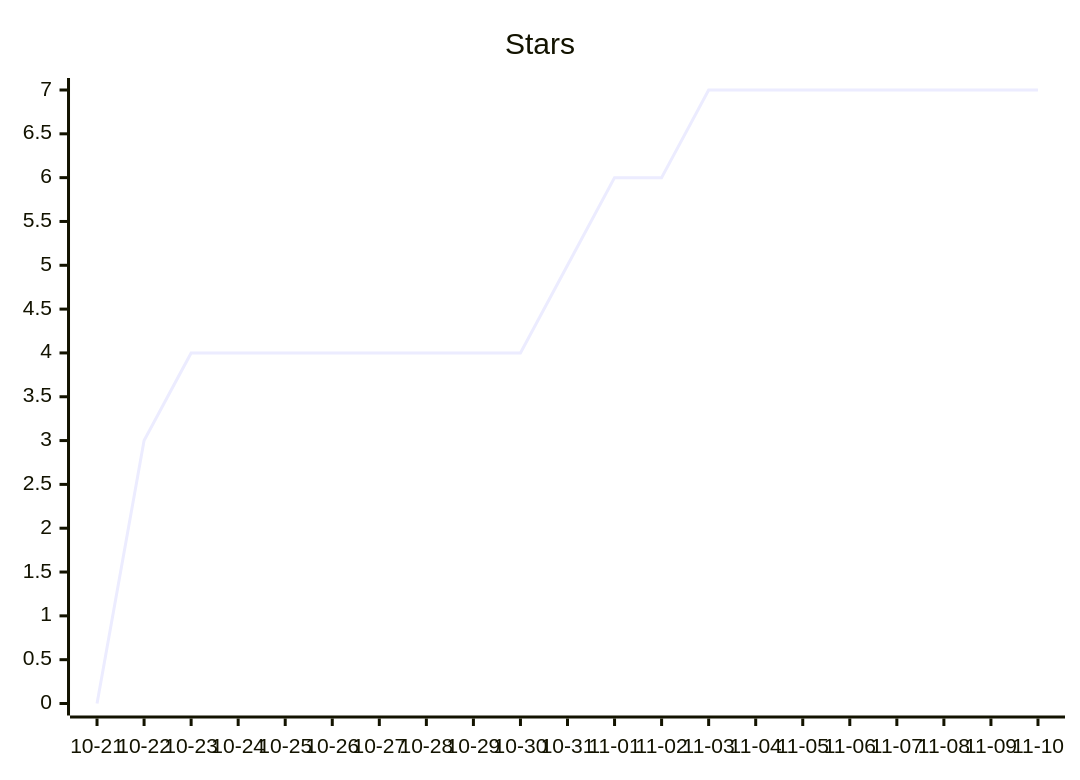
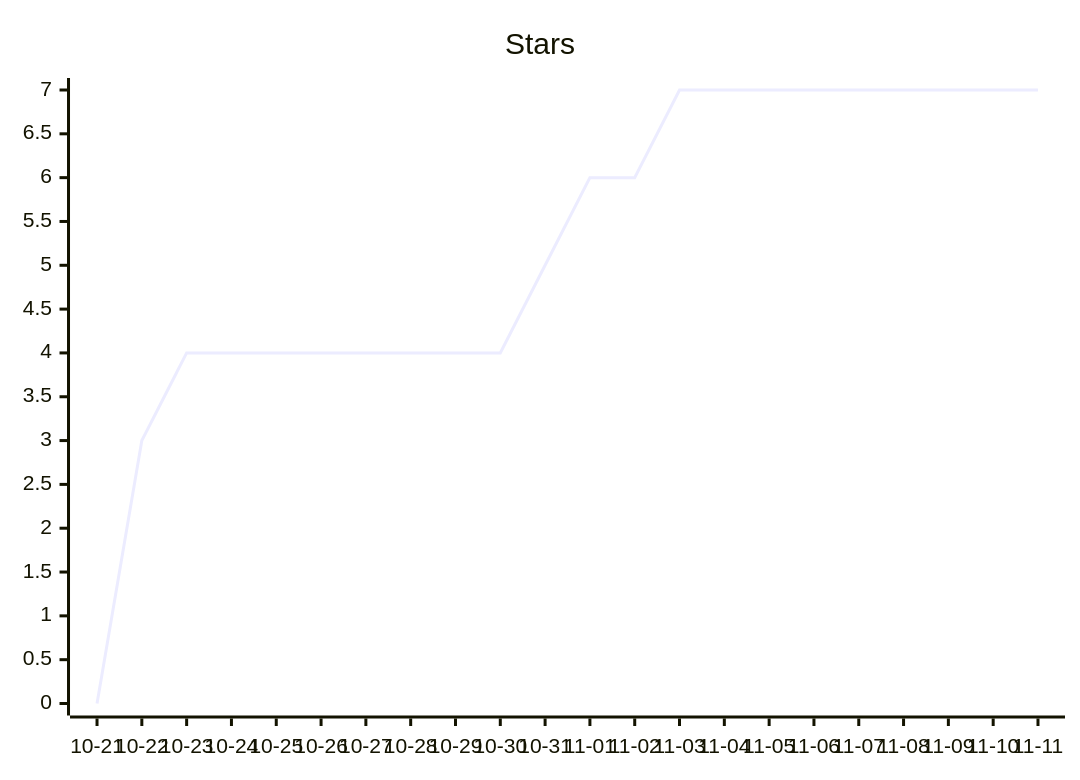
Before and after one commit to ArtemkaGoldMan/ContextSwitcher: the second of 3 diagrams in README.md, drawn with Mermaid. The commit also changed other lines of this file and 6 other files, not shown here.

````diff
--- a/README.md
+++ b/README.md
@@ -43,6 +43,6 @@
 ```mermaid
 xychart-beta
     title "Stars"
-    x-axis ["10-21", "10-22", "10-23", "10-24", "10-25", "10-26", "10-27", "10-28", "10-29", "10-30", "10-31", "11-01", "11-02", "11-03", "11-04", "11-05", "11-06", "11-07", "11-08", "11-09", "11-10"]
-    line [0, 3, 4, 4, 4, 4, 4, 4, 4, 4, 5, 6, 6, 7, 7, 7, 7, 7, 7, 7, 7]
+    x-axis ["10-21", "10-22", "10-23", "10-24", "10-25", "10-26", "10-27", "10-28", "10-29", "10-30", "10-31", "11-01", "11-02", "11-03", "11-04", "11-05", "11-06", "11-07", "11-08", "11-09", "11-10", "11-11"]
+    line [0, 3, 4, 4, 4, 4, 4, 4, 4, 4, 5, 6, 6, 7, 7, 7, 7, 7, 7, 7, 7, 7]
 ```
````
